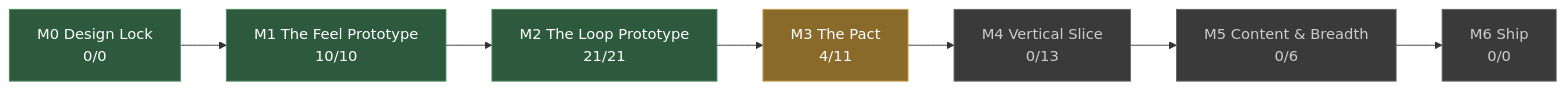
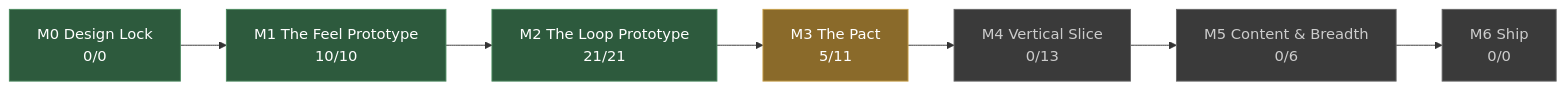
Before and after one commit to JoshuaGessner/she: the diagram in docs/STATUS.md, drawn with Mermaid. The commit also changed other lines of this file and 30 other files, not shown here.

````diff
--- a/docs/STATUS.md
+++ b/docs/STATUS.md
@@ -13,19 +13,19 @@
 ```mermaid
 flowchart LR
   M0["M0 Design Lock<br/>0/0"]:::passed
   M1["M1 The Feel Prototype<br/>10/10"]:::passed
   M0 --> M1
   M2["M2 The Loop Prototype<br/>21/21"]:::passed
   M1 --> M2
-  M3["M3 The Pact<br/>4/11"]:::current
+  M3["M3 The Pact<br/>5/11"]:::current
   M2 --> M3
   M4["M4 Vertical Slice<br/>0/13"]:::ahead
   M3 --> M4
   M5["M5 Content & Breadth<br/>0/6"]:::ahead
   M4 --> M5
   M6["M6 Ship<br/>0/0"]:::ahead
   M5 --> M6
   classDef passed fill:#2d5a3d,stroke:#4a8a5f,color:#fff
   classDef current fill:#8a6a2a,stroke:#c8a04a,color:#fff
   classDef ahead fill:#3a3a3a,stroke:#666,color:#ccc
 ```
````
